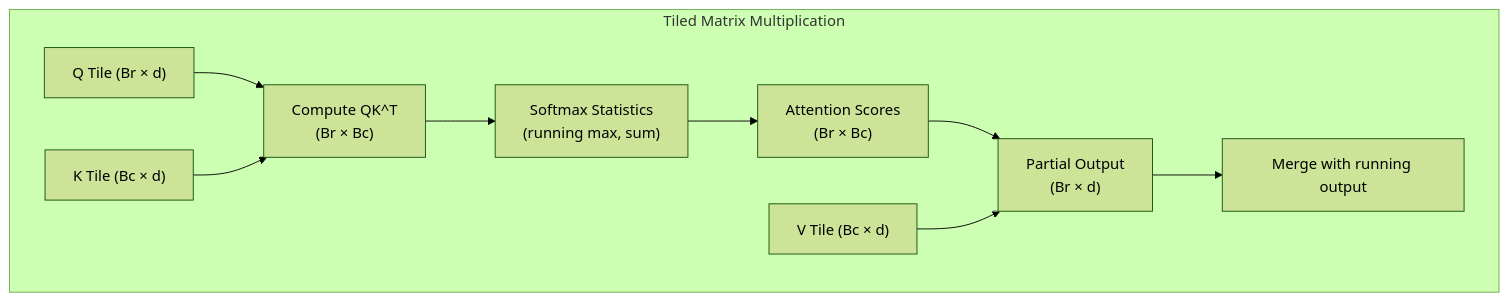
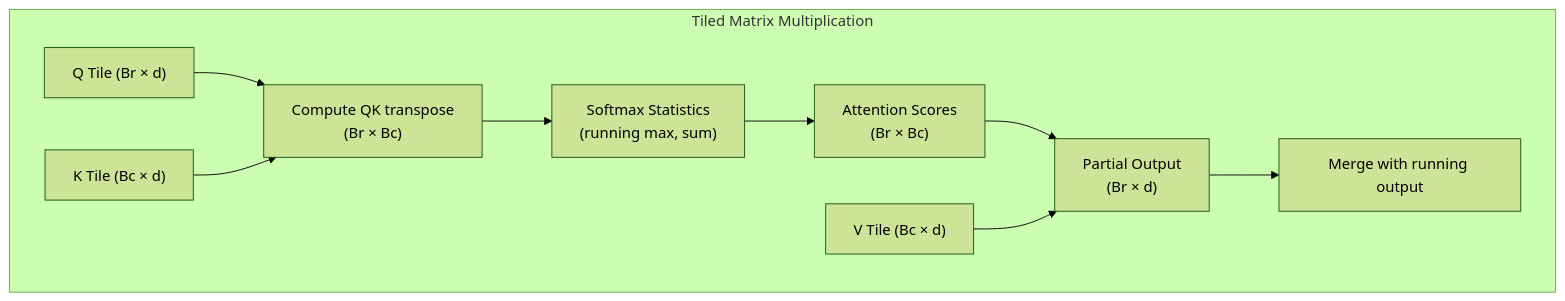
Diagram 14 of 37 in lab0.2/README.md (Shahriarin2garden/vllm_from_scratch), drawn with Mermaid (forest theme) before and after one commit. The commit also changed other lines of this file and 2 other files, not shown here.

Commit message:
Refactor diagrams in README.md and lab0.2final.md for clarity and consistency

````diff
--- a/lab0.2/README.md
+++ b/lab0.2/README.md
@@ -447,15 +447,15 @@
 ```mermaid
 graph TD
     subgraph "Tiled Matrix Multiplication"
         QTile["Q Tile (Br × d)"]
         KTile["K Tile (Bc × d)"]
         VTile["V Tile (Bc × d)"]
-        QTile --> QK["Compute QK^T<br/>(Br × Bc)"]
+        QTile --> QK["Compute QK transpose<br/>(Br × Bc)"]
         KTile --> QK
         QK --> SM["Softmax Statistics<br/>(running max, sum)"]
         SM --> Attn["Attention Scores<br/>(Br × Bc)"]
         Attn --> Out["Partial Output<br/>(Br × d)"]
         VTile --> Out
         Out --> Merge["Merge with running output"]
     end
 ```
````
